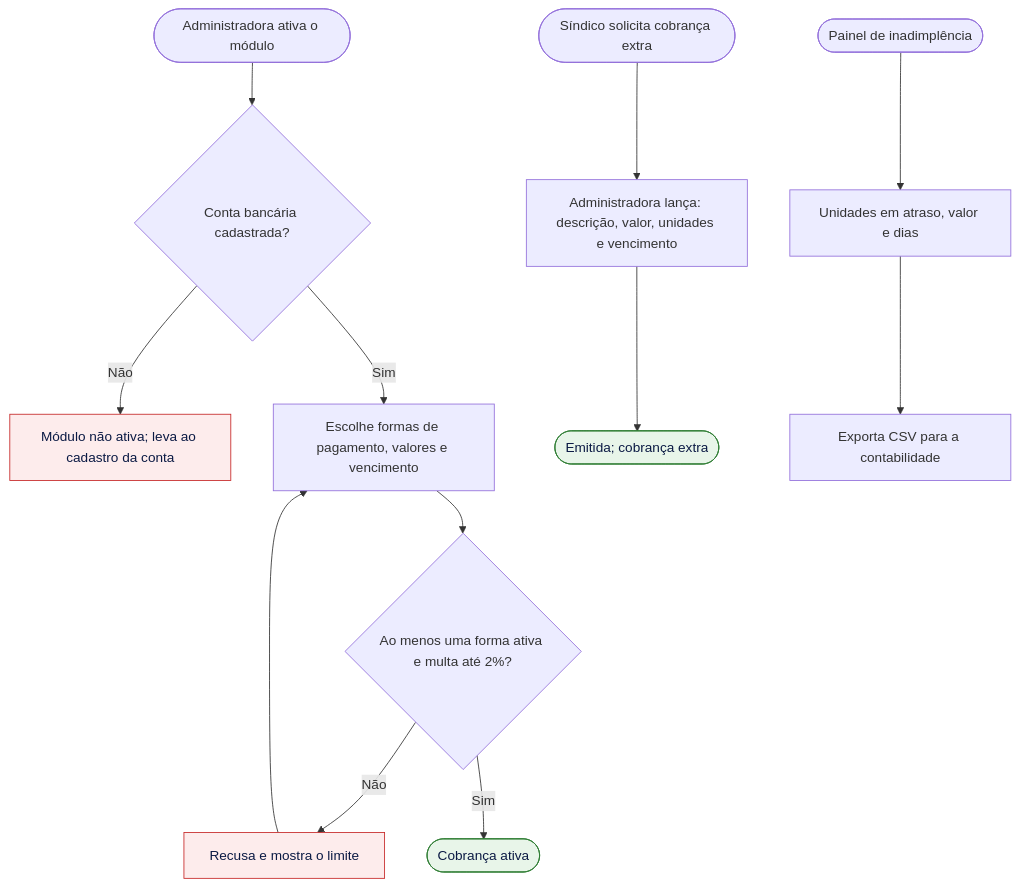
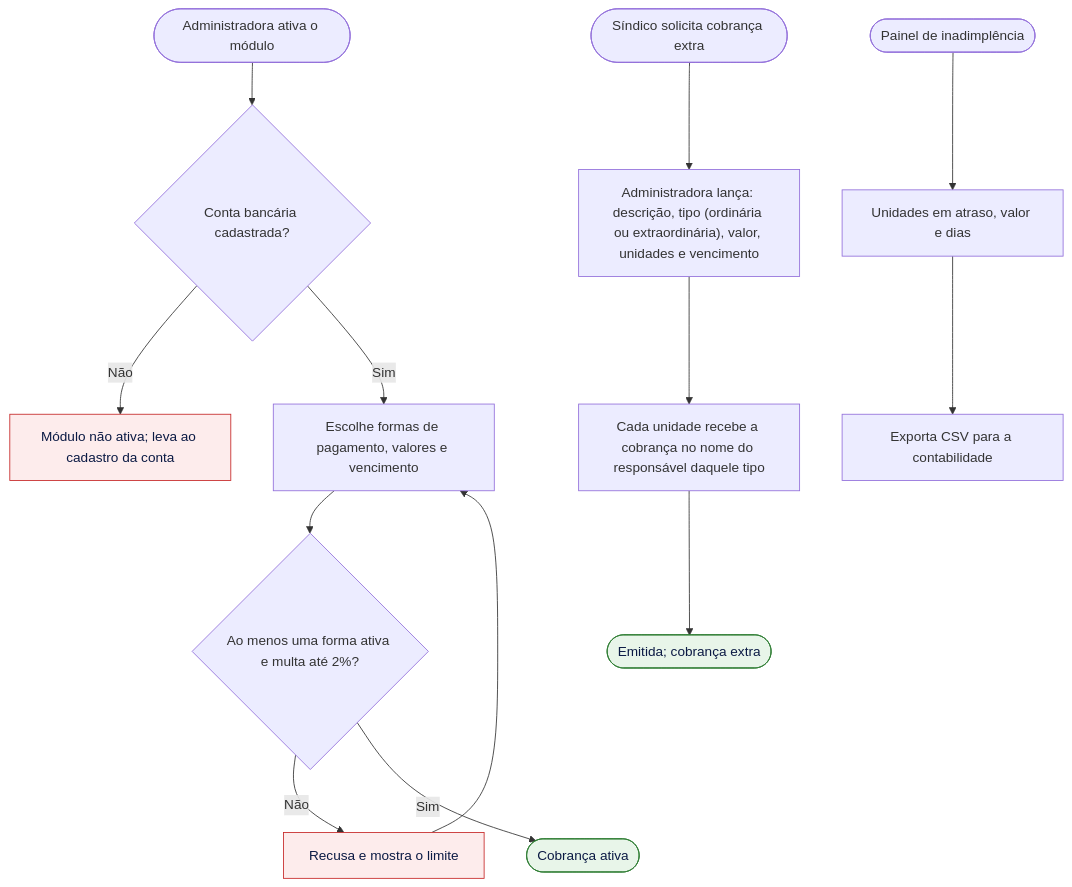
Before and after one commit to pedrolems/CondomiFacil: diagram 25 of 26 in docs/02-design/02-user-flows.md, drawn with Mermaid. The commit also changed other lines of this file and 11 other files, not shown here.

````diff
--- a/docs/02-design/02-user-flows.md
+++ b/docs/02-design/02-user-flows.md
@@ -950,18 +1015,19 @@
 ```mermaid
 flowchart TD
     A(["Administradora ativa o módulo"]) --> B{"Conta bancária cadastrada?"}
     B -->|"Não"| E1["Módulo não ativa; leva ao cadastro da conta"]
     B -->|"Sim"| C["Escolhe formas de pagamento, valores e vencimento"]
     C --> D{"Ao menos uma forma ativa e multa até 2%?"}
     D -->|"Não"| E2["Recusa e mostra o limite"]
     E2 --> C
     D -->|"Sim"| Z1(["Cobrança ativa"])
-    X(["Síndico solicita cobrança extra"]) --> X1["Administradora lança: descrição, valor, unidades e vencimento"]
-    X1 --> Z2(["Emitida; cobrança extra"])
+    X(["Síndico solicita cobrança extra"]) --> X1["Administradora lança: descrição, tipo (ordinária ou extraordinária), valor, unidades e vencimento"]
+    X1 --> X2["Cada unidade recebe a cobrança no nome do responsável daquele tipo"]
+    X2 --> Z2(["Emitida; cobrança extra"])
     P(["Painel de inadimplência"]) --> P1["Unidades em atraso, valor e dias"]
     P1 --> P2["Exporta CSV para a contabilidade"]
     classDef ok fill:#E8F5E9,stroke:#2E7D32,color:#0B1A44
     classDef erro fill:#FDECEC,stroke:#C62828,color:#0B1A44
     class Z1,Z2 ok
     class E1,E2 erro
 ```
````
